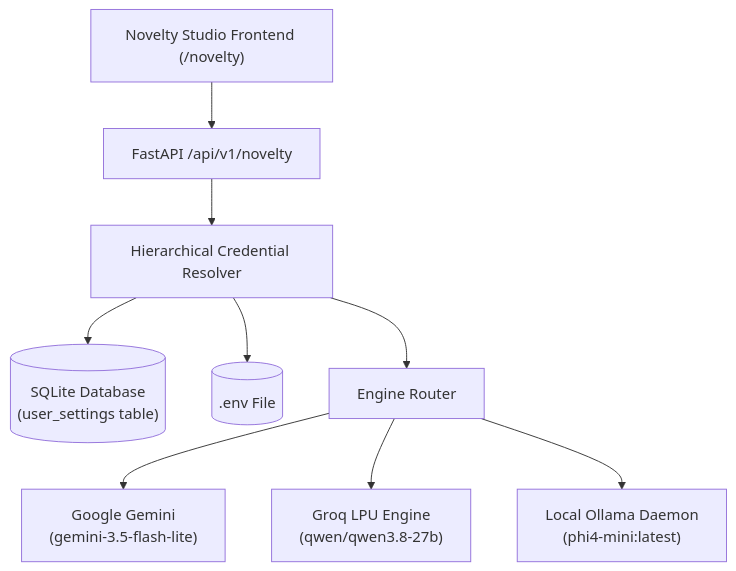
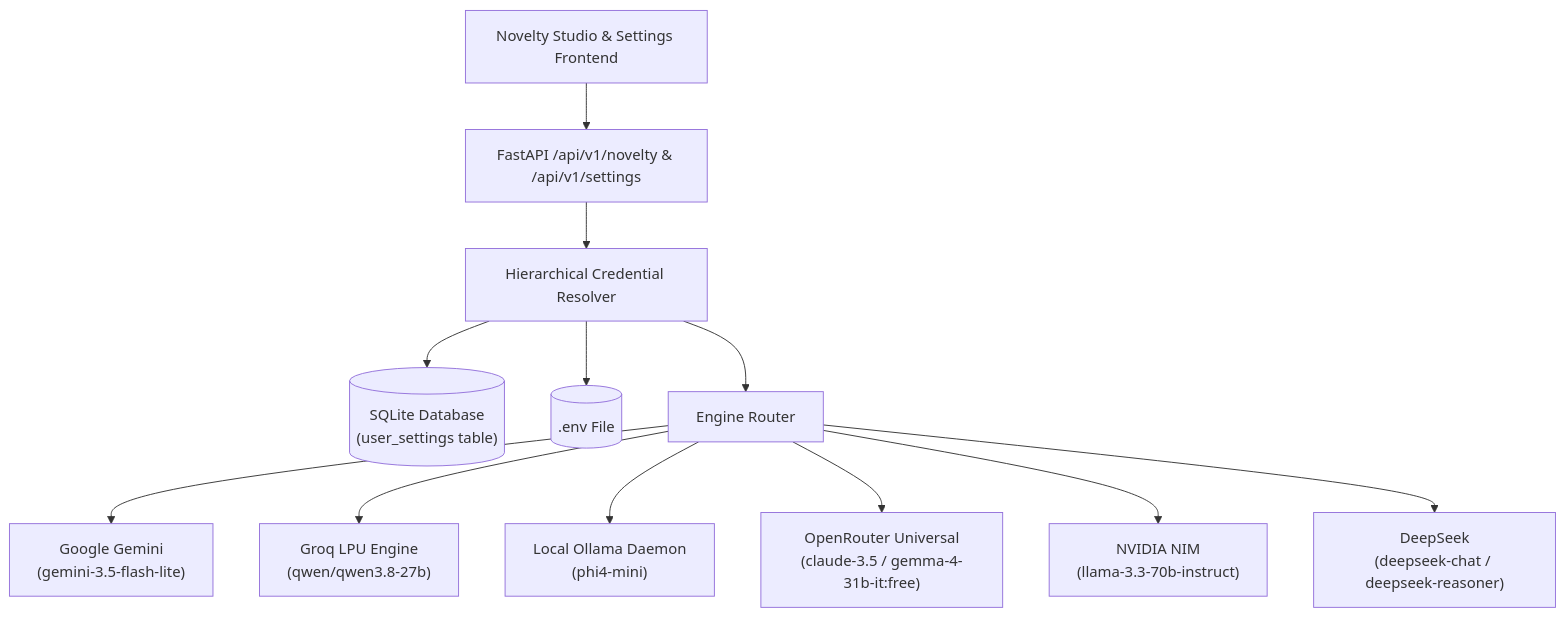
The diagram in artifacts/status.md (Sooriya04/Research-Copilot), drawn with Mermaid before and after one commit. The commit also changed other lines of this file and 15 other files, not shown here.

Commit message:
Add DeepSeek LLM Provider, Factory Routing, SQLite Credential Persistence & Clean Up Novelty Telemetry Logging

````diff
--- a/artifacts/status.md
+++ b/artifacts/status.md
@@ -24,11 +26,14 @@
 ```mermaid
 flowchart TD
-    Client["Novelty Studio Frontend (/novelty)"] --> API["FastAPI /api/v1/novelty"]
+    Client["Novelty Studio & Settings Frontend"] --> API["FastAPI /api/v1/novelty & /api/v1/settings"]
     API --> CredResolver["Hierarchical Credential Resolver"]
     CredResolver --> DB[("SQLite Database\n(user_settings table)")]
     CredResolver --> ENV[(".env File")]
     CredResolver --> Engines["Engine Router"]
     Engines --> Gemini["Google Gemini\n(gemini-3.5-flash-lite)"]
     Engines --> Groq["Groq LPU Engine\n(qwen/qwen3.8-27b)"]
-    Engines --> Ollama["Local Ollama Daemon\n(phi4-mini:latest)"]
+    Engines --> Ollama["Local Ollama Daemon\n(phi4-mini)"]
+    Engines --> OpenRouter["OpenRouter Universal\n(claude-3.5 / gemma-4-31b-it:free)"]
+    Engines --> NVIDIA["NVIDIA NIM\n(llama-3.3-70b-instruct)"]
+    Engines --> DeepSeek["DeepSeek\n(deepseek-chat / deepseek-reasoner)"]
 ```
````
